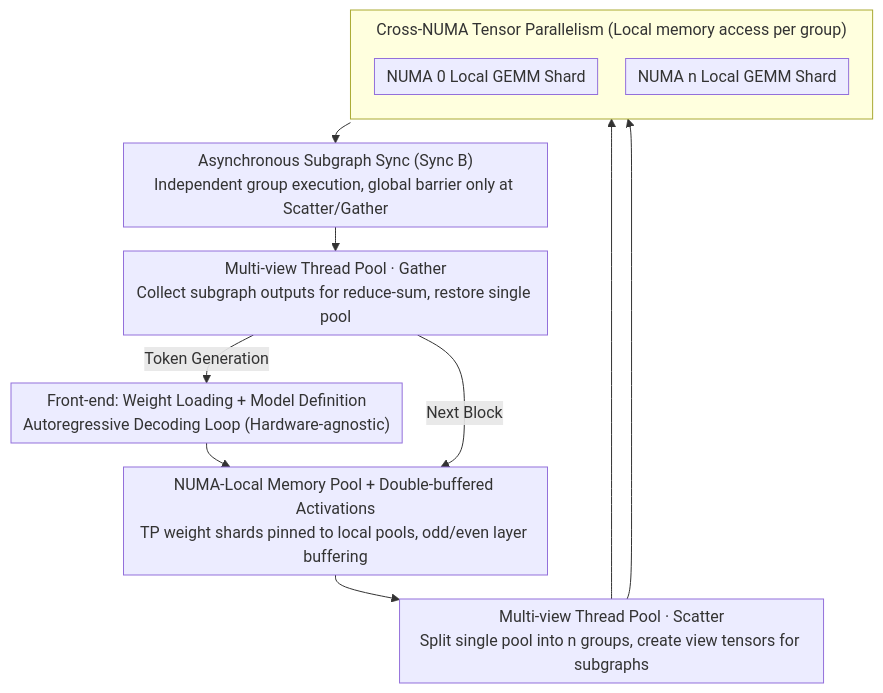
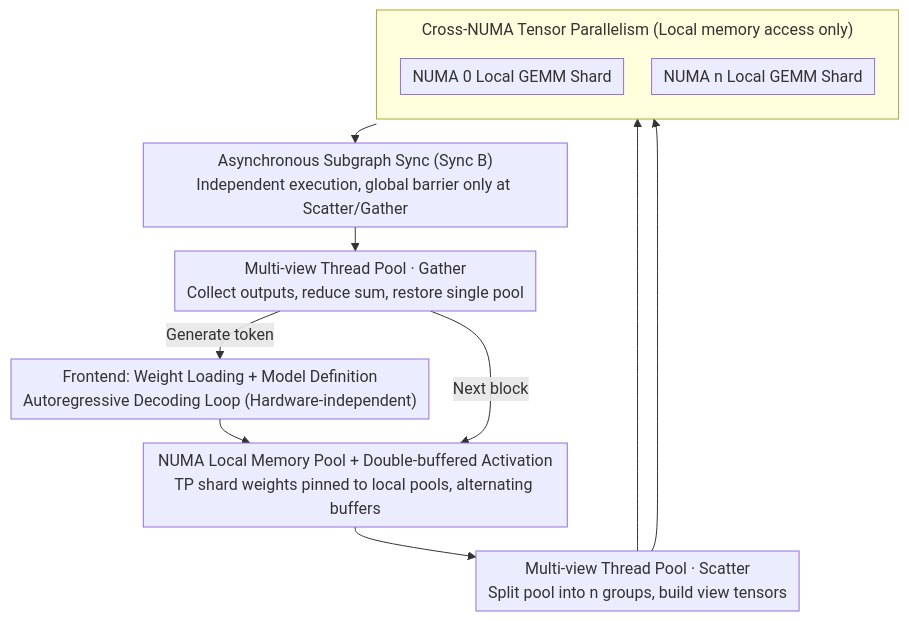
One commit to zhaoyang97/Paper-Notes-en changed the diagram in docs/ACL2026/model_compression/arclight_a_lightweight_llm_inference_architecture_for_many-core_cpus.md. Above: the diagram before and after it, drawn with Mermaid. The commit also changed other lines of this file and 5084 other files, not shown here.

````diff
--- a/docs/ACL2026/model_compression/arclight_a_lightweight_llm_inference_architecture_for_many-core_cpus.md
+++ b/docs/ACL2026/model_compression/arclight_a_lightweight_llm_inference_architecture_for_many-core_cpus.md
@@ -45,18 +45,18 @@
 ```mermaid
 %%{init: {'flowchart': {'rankSpacing': 24, 'nodeSpacing': 28, 'padding': 6, 'wrappingWidth': 400, 'subGraphTitleMargin': {'top': 8, 'bottom': 16}}}}%%
 flowchart TD
-    A["Front-end: Weight Loading + Model Definition<br/>Autoregressive Decoding Loop (Hardware-agnostic)"] --> B
-    B["NUMA-Local Memory Pool + Double-buffered Activations<br/>TP weight shards pinned to local pools, odd/even layer buffering"] --> C
-    C["Multi-view Thread Pool · Scatter<br/>Split single pool into n groups, create view tensors for subgraphs"]
+    A["Frontend: Weight Loading + Model Definition<br/>Autoregressive Decoding Loop (Hardware-independent)"] --> B
+    B["NUMA Local Memory Pool + Double-buffered Activation<br/>TP shard weights pinned to local pools, alternating buffers"] --> C
+    C["Multi-view Thread Pool · Scatter<br/>Split pool into n groups, build view tensors"]
     C --> D
     C --> E
-    subgraph TP["Cross-NUMA Tensor Parallelism (Local memory access per group)"]
+    subgraph TP["Cross-NUMA Tensor Parallelism (Local memory access only)"]
         direction TB
         D["NUMA 0 Local GEMM Shard"]
         E["NUMA n Local GEMM Shard"]
     end
-    TP --> F["Asynchronous Subgraph Sync (Sync B)<br/>Independent group execution, global barrier only at Scatter/Gather"]
-    F --> G["Multi-view Thread Pool · Gather<br/>Collect subgraph outputs for reduce-sum, restore single pool"]
-    G -->|Next Block| B
-    G -->|Token Generation| A
+    TP --> F["Asynchronous Subgraph Sync (Sync B)<br/>Independent execution, global barrier only at Scatter/Gather"]
+    F --> G["Multi-view Thread Pool · Gather<br/>Collect outputs, reduce sum, restore single pool"]
+    G -->|Next block| B
+    G -->|Generate token| A
 ```
````
